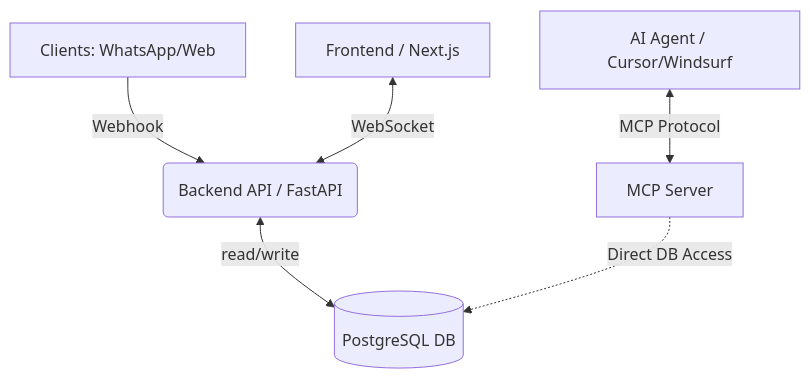
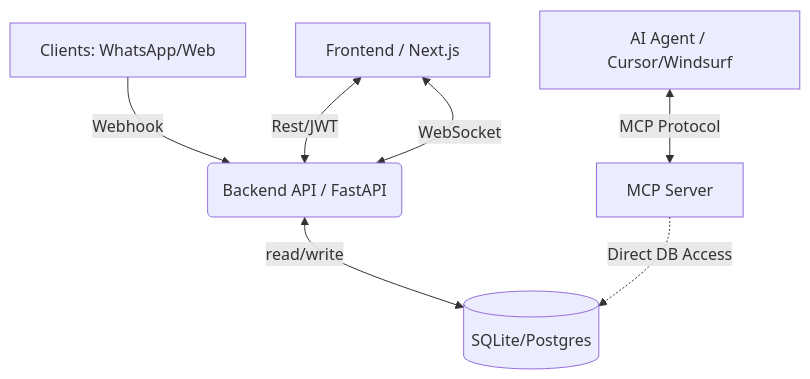
The diagram in README.md (YggrYergen/OSIRIS), drawn with Mermaid before and after one commit. The commit also changed other lines of this file and 36 other files, not shown here.

````diff
--- a/README.md
+++ b/README.md
@@ -42,8 +48,9 @@
 ```mermaid
 graph TD
     A[Clients: WhatsApp/Web] -->|Webhook| B(Backend API / FastAPI)
-    B <-->|read/write| C[(PostgreSQL DB)]
-    D[Frontend / Next.js] <-->|WebSocket| B
+    B <-->|read/write| C[(SQLite/Postgres)]
+    D[Frontend / Next.js] <-->|Rest/JWT| B
+    D <-->|WebSocket| B
     E[AI Agent / Cursor/Windsurf] <-->|MCP Protocol| F[MCP Server]
     F -.->|Direct DB Access| C
 ```
````
